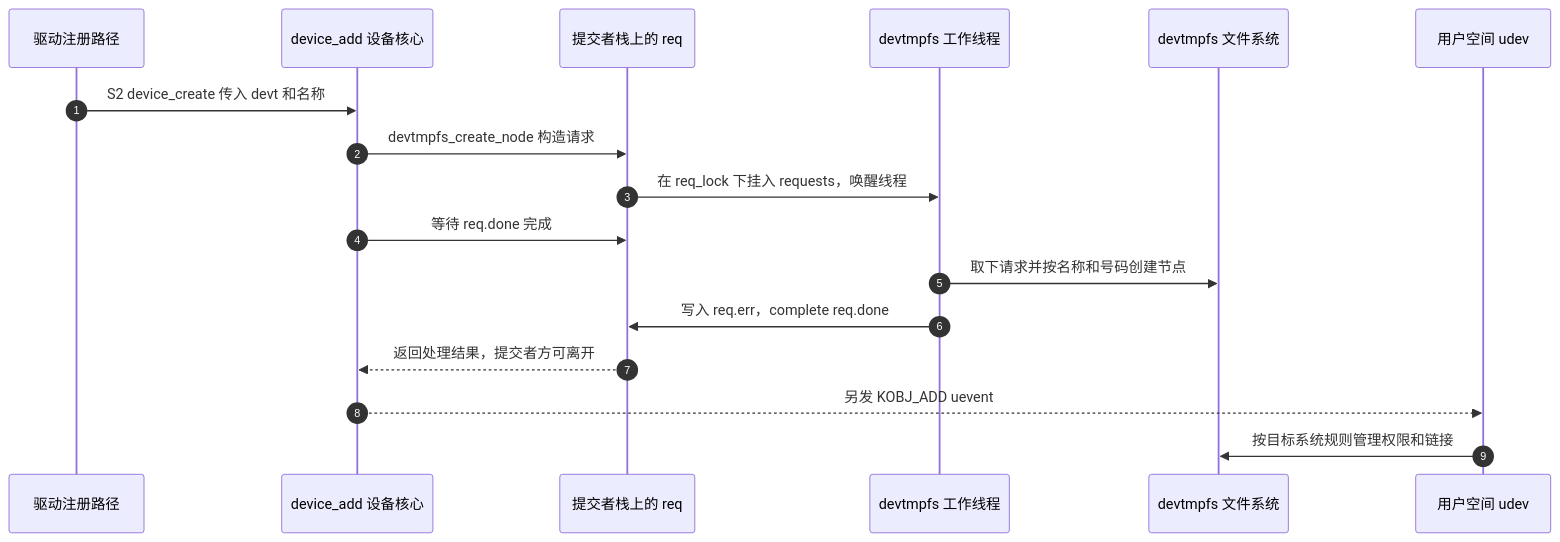
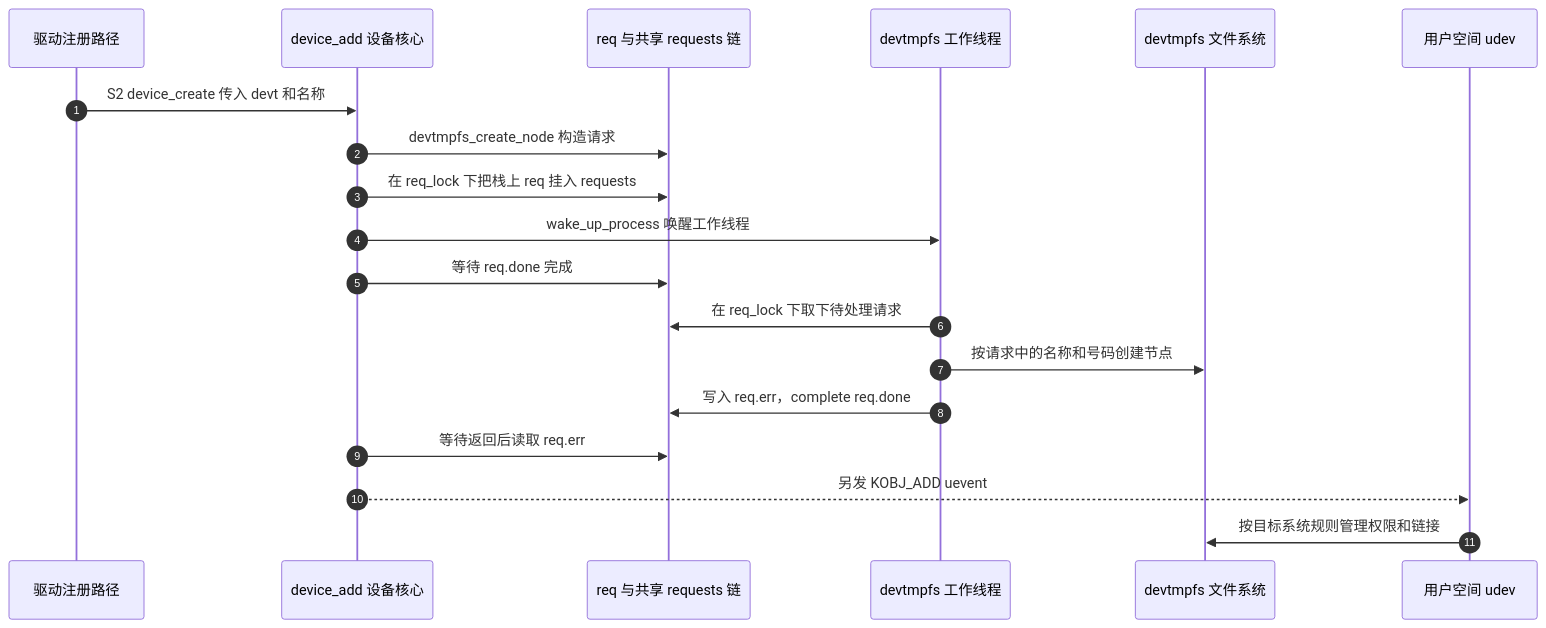
One commit to FormingSystem/linux_note changed the second of 2 diagrams in knowledge/driver_model/character_device/P02_设备号_注册与设备节点.md. Above: the diagram before and after it, drawn with Mermaid. The commit also changed other lines of this file and 4 other files, not shown here.

````diff
--- a/knowledge/driver_model/character_device/P02_设备号_注册与设备节点.md
+++ b/knowledge/driver_model/character_device/P02_设备号_注册与设备节点.md
@@ -80,19 +80,21 @@
 ```mermaid
 sequenceDiagram
     autonumber
     participant D as 驱动注册路径
     participant C as device_add 设备核心
-    participant R as 提交者栈上的 req
+    participant R as req 与共享 requests 链
     participant T as devtmpfs 工作线程
     participant F as devtmpfs 文件系统
     participant U as 用户空间 udev
     D->>C: S2 device_create 传入 devt 和名称
     C->>R: devtmpfs_create_node 构造请求
-    R->>T: 在 req_lock 下挂入 requests，唤醒线程
+    C->>R: 在 req_lock 下把栈上 req 挂入 requests
+    C->>T: wake_up_process 唤醒工作线程
     C->>R: 等待 req.done 完成
-    T->>F: 取下请求并按名称和号码创建节点
+    T->>R: 在 req_lock 下取下待处理请求
+    T->>F: 按请求中的名称和号码创建节点
     T->>R: 写入 req.err，complete req.done
-    R-->>C: 返回处理结果，提交者方可离开
+    C->>R: 等待返回后读取 req.err
     C-->>U: 另发 KOBJ_ADD uevent
     U->>F: 按目标系统规则管理权限和链接
 ```
````
